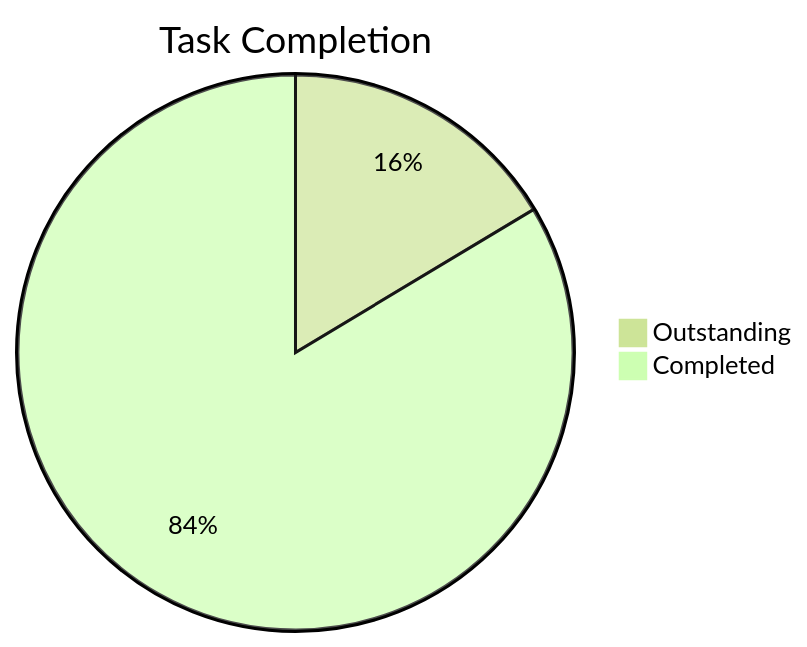
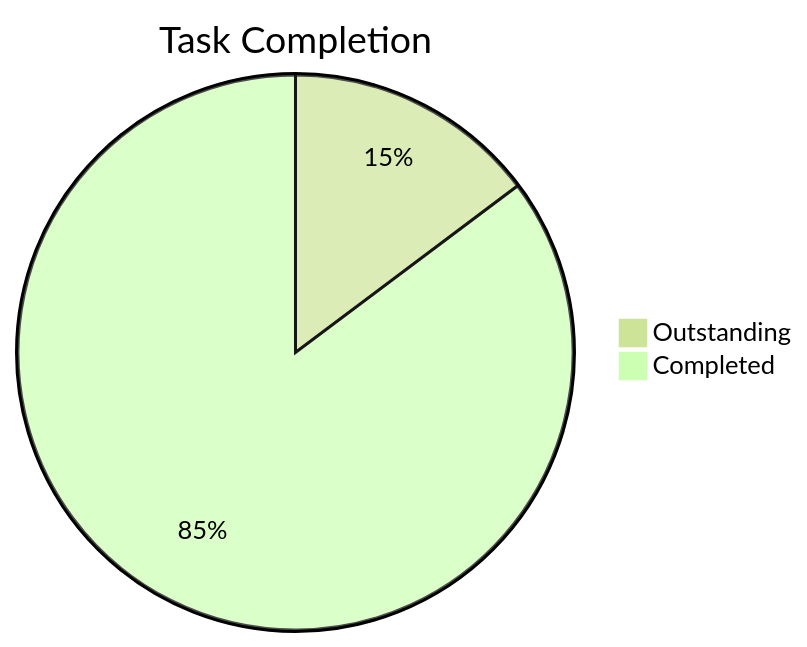
Before and after one commit to newportg/POC-EuroCRM: the diagram in POC-EuroCRM-Vault/dashboard.md, drawn with Mermaid (forest theme). The commit also changed other lines of this file and 3 other files, not shown here.

````diff
--- a/POC-EuroCRM-Vault/dashboard.md
+++ b/POC-EuroCRM-Vault/dashboard.md
@@ -5,5 +5,5 @@
 ```mermaid
 pie title Task Completion
-    "Outstanding" : 10
-    "Completed" : 51
+    "Outstanding" : 9
+    "Completed" : 52
 ```
````
